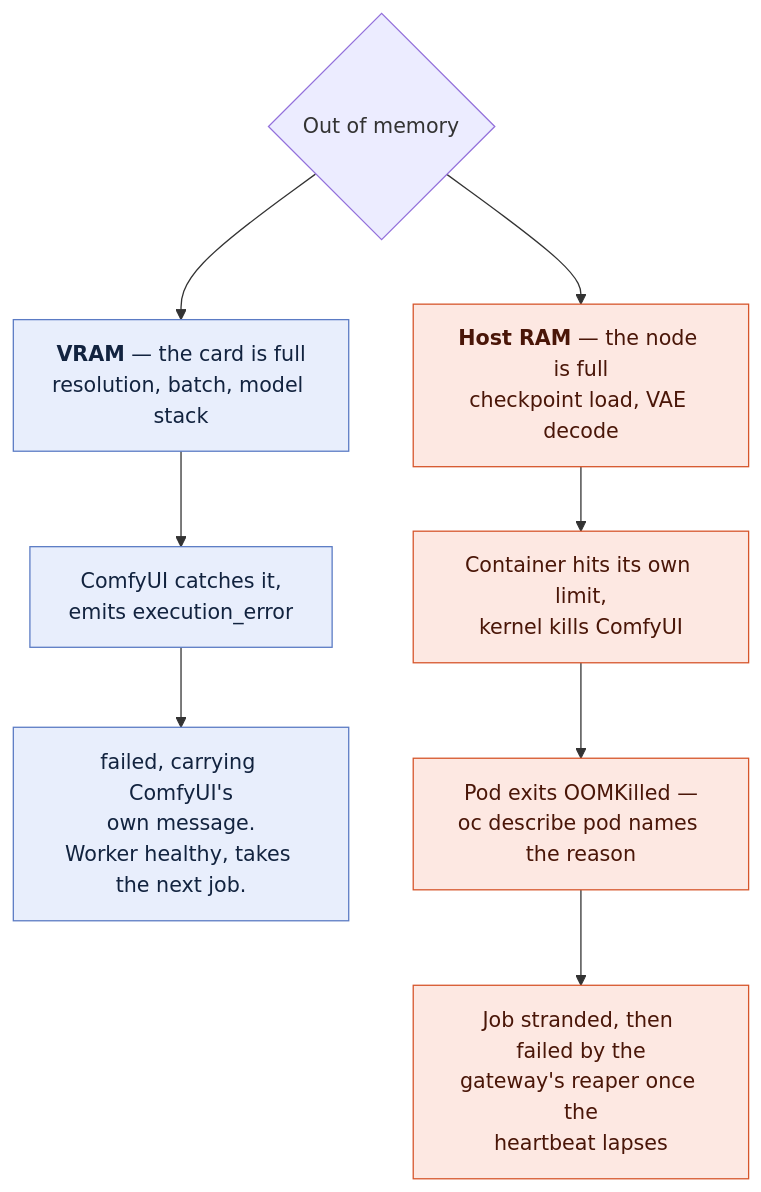
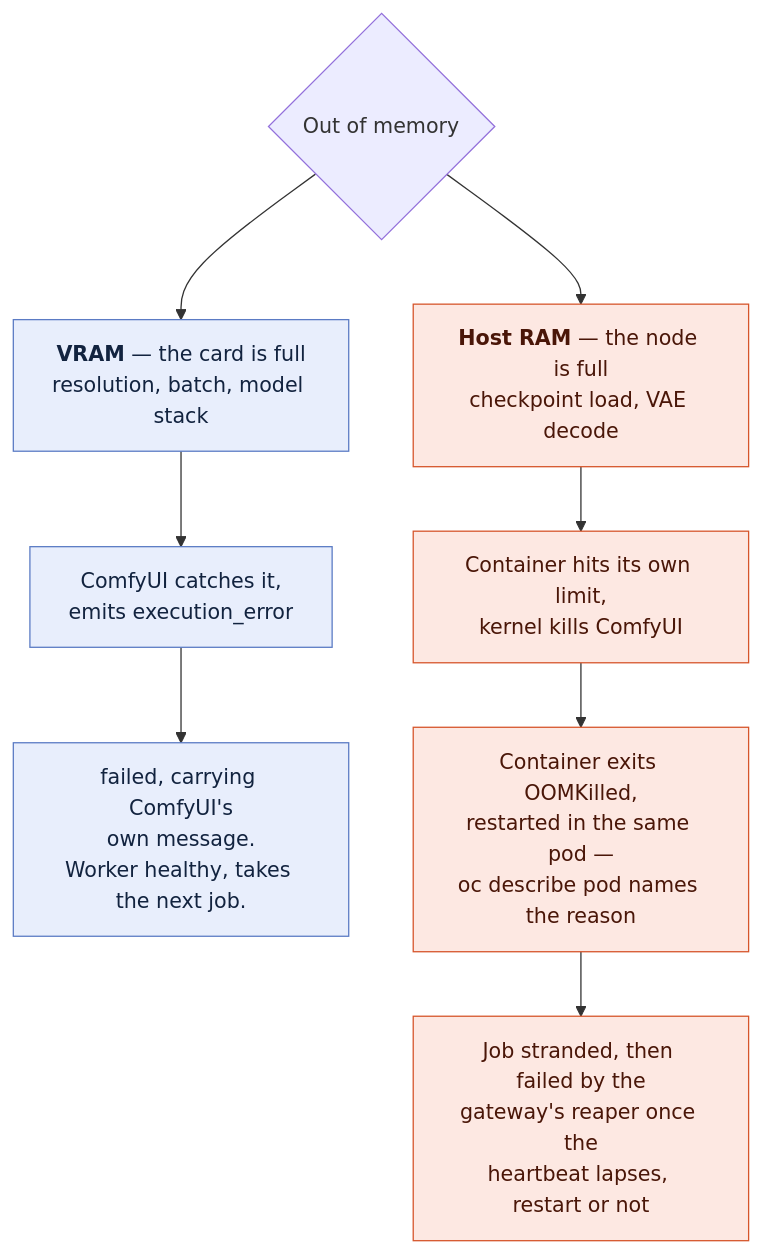
The seventh of 9 diagrams in README.md (redhat-et/comfyui-on-openshift), drawn with Mermaid before and after one commit. The commit also changed other lines of this file and 6 other files, not shown here.

````diff
--- a/README.md
+++ b/README.md
@@ -431,17 +431,17 @@
 ```mermaid
 flowchart TD
     X{"Out of memory"} --> V["<b>VRAM</b> — the card is full<br/>resolution, batch, model stack"]
     X --> H["<b>Host RAM</b> — the node is full<br/>checkpoint load, VAE decode"]
 
     V --> V1["ComfyUI catches it,<br/>emits execution_error"]
     V1 --> V2["failed, carrying ComfyUI's<br/>own message.<br/>Worker healthy, takes the next job."]
 
     H --> H1["Container hits its own limit,<br/>kernel kills ComfyUI"]
-    H1 --> H2["Pod exits OOMKilled —<br/>oc describe pod names the reason"]
-    H2 --> H3["Job stranded, then failed by the<br/>gateway's reaper once the<br/>heartbeat lapses"]
+    H1 --> H2["Container exits OOMKilled,<br/>restarted in the same pod —<br/>oc describe pod names the reason"]
+    H2 --> H3["Job stranded, then failed by the<br/>gateway's reaper once the<br/>heartbeat lapses, restart or not"]
 
     classDef clean fill:#e8eefc,stroke:#5b7bc4,color:#12233f
     classDef rough fill:#fde8e2,stroke:#d6552b,color:#4a1608
     class V,V1,V2 clean
     class H,H1,H2,H3 rough
 ```
````
